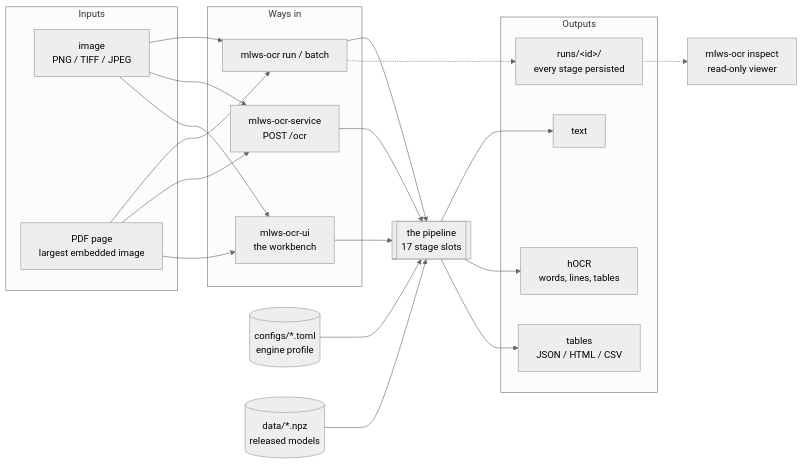
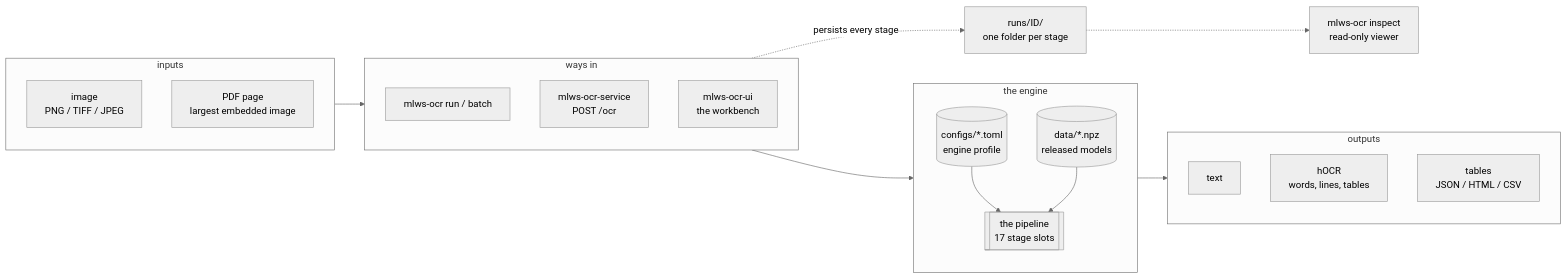
Before and after one commit to msharpe248/mlws-ocr: the first of 13 diagrams in docs/ARCHITECTURE.md, drawn with Mermaid (neutral theme). The commit also changed other lines of this file, not shown here.

First line of the commit message:
ARCHITECTURE.md: the system and package diagrams redrawn as layers (one edge between groups, no crossing wires); the runs/<id>/ placeholder no longer vanishes in Mermaid

````diff
--- a/docs/ARCHITECTURE.md
+++ b/docs/ARCHITECTURE.md
@@ -30,31 +30,31 @@
 ```mermaid
 flowchart LR
-    subgraph In[Inputs]
-        IMG[image<br/>PNG / TIFF / JPEG]
-        PDF[PDF page<br/>largest embedded image]
+    subgraph In["inputs"]
+        direction TB
+        IMG["image<br/>PNG / TIFF / JPEG"]
+        PDF["PDF page<br/>largest embedded image"]
     end
-    subgraph Surfaces[Ways in]
+    subgraph Doors["ways in"]
+        direction TB
         CLI["mlws-ocr run / batch"]
         SVC["mlws-ocr-service<br/>POST /ocr"]
         UI["mlws-ocr-ui<br/>the workbench"]
     end
-    CFG[(configs/*.toml<br/>engine profile)]
-    MOD[(data/*.npz<br/>released models)]
-    PIPE[[the pipeline<br/>17 stage slots]]
-    subgraph Out[Outputs]
-        TXT[text]
-        HOCR[hOCR<br/>words, lines, tables]
-        TAB[tables<br/>JSON / HTML / CSV]
-        RUN[runs/&lt;id&gt;/<br/>every stage persisted]
+    subgraph Engine["the engine"]
+        direction TB
+        CFG[("configs/*.toml<br/>engine profile")]
+        PIPE[["the pipeline<br/>17 stage slots"]]
+        MOD[("data/*.npz<br/>released models")]
+        CFG --> PIPE
+        MOD --> PIPE
     end
-    IMG --> CLI & SVC & UI
-    PDF --> CLI & SVC & UI
-    CFG --> PIPE
-    MOD --> PIPE
-    CLI --> PIPE
-    SVC --> PIPE
-    UI --> PIPE
-    PIPE --> TXT & HOCR & TAB
-    CLI -.-> RUN
+    subgraph Out["outputs"]
+        direction TB
+        TXT["text"]
+        HOCR["hOCR<br/>words, lines, tables"]
+        TAB["tables<br/>JSON / HTML / CSV"]
+    end
+    In --> Doors --> Engine --> Out
+    CLI -.->|persists every stage| RUN["runs/ID/<br/>one folder per stage"]
     RUN -.-> INSP["mlws-ocr inspect<br/>read-only viewer"]
 ```
````
